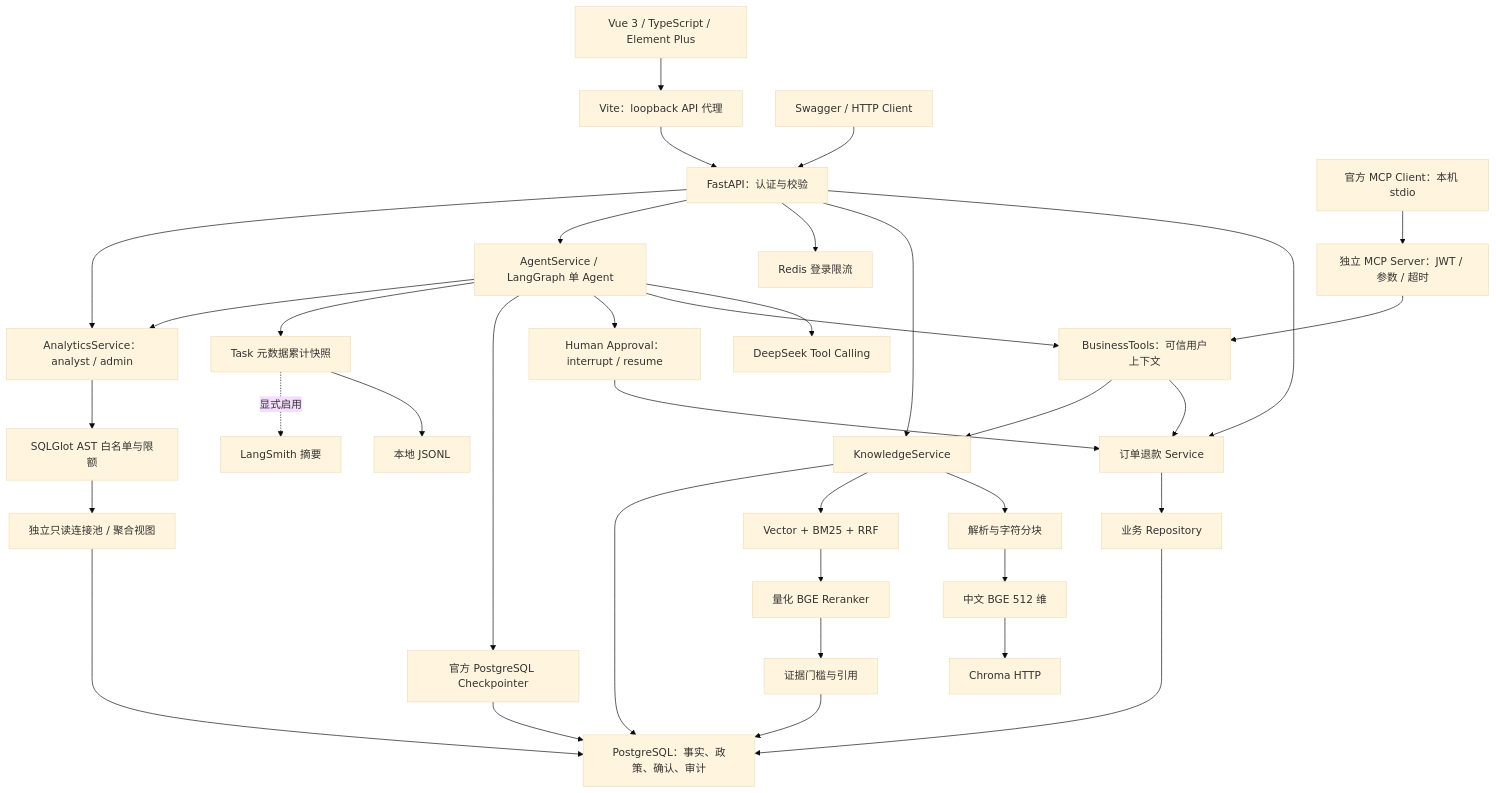
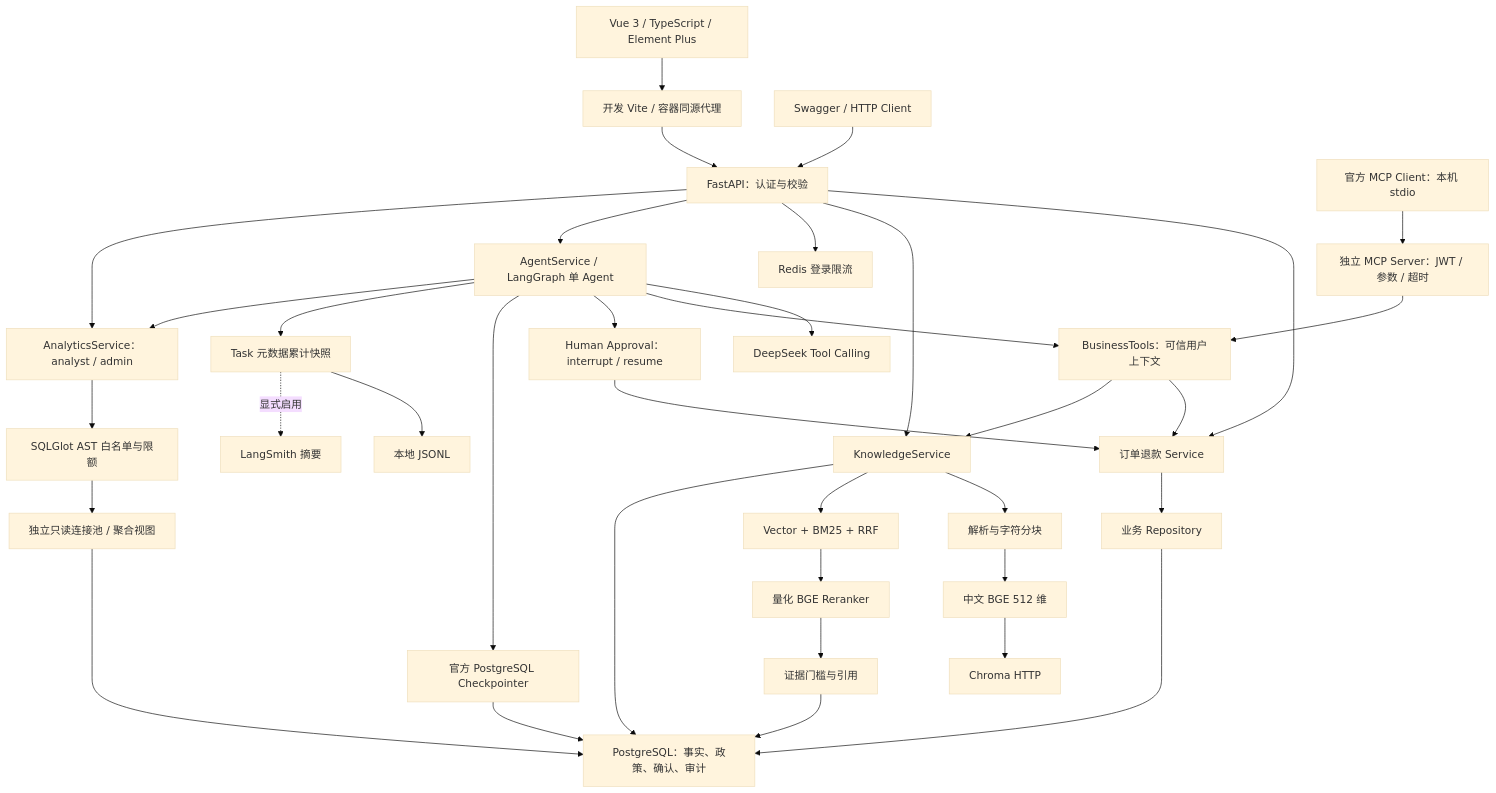
One commit to zjhwwwl/EnterpriseAgent changed the diagram in README.md. Above: the diagram before and after it, drawn with Mermaid (base theme). The commit also changed other lines of this file and 100 other files, not shown here.

````diff
--- a/README.md
+++ b/README.md
@@ -30,39 +32,39 @@
 ```mermaid
 flowchart TD
-    WEB["Vue 3 / TypeScript / Element Plus"] --> PROXY["Vite：loopback API 代理"]
+    WEB["Vue 3 / TypeScript / Element Plus"] --> PROXY["开发 Vite / 容器同源代理"]
     PROXY --> API["FastAPI：认证与校验"]
     CLIENT["Swagger / HTTP Client"] --> API
     API --> BIZ["订单退款 Service"]
     BIZ --> REPO["业务 Repository"]
     REPO --> PG["PostgreSQL：事实、政策、确认、审计"]
 
     API --> KB["KnowledgeService"]
     KB --> PARSE["解析与字符分块"]
     PARSE --> EMBED["中文 BGE 512 维"]
     EMBED --> CHROMA["Chroma HTTP"]
     KB --> HYBRID["Vector + BM25 + RRF"]
     HYBRID --> RERANK["量化 BGE Reranker"]
     RERANK --> EVIDENCE["证据门槛与引用"]
     EVIDENCE --> PG
     KB --> PG
     API --> REDIS["Redis 登录限流"]
     API --> AGENT["AgentService / LangGraph 单 Agent"]
     AGENT --> LLM["DeepSeek Tool Calling"]
     AGENT --> TOOLS["BusinessTools：可信用户上下文"]
     TOOLS --> BIZ
     TOOLS --> KB
     AGENT --> APPROVAL["Human Approval：interrupt / resume"]
     APPROVAL --> BIZ
     AGENT --> CHECKPOINT["官方 PostgreSQL Checkpointer"]
     CHECKPOINT --> PG
     AGENT --> TRACE["Task 元数据累计快照"]
     TRACE --> LOCAL["本地 JSONL"]
     TRACE -. "显式启用" .-> SMITH["LangSmith 摘要"]
     API --> ANALYSIS["AnalyticsService：analyst / admin"]
     AGENT --> ANALYSIS
     ANALYSIS --> SQLGUARD["SQLGlot AST 白名单与限额"]
     SQLGUARD --> READER["独立只读连接池 / 聚合视图"]
     READER --> PG
     MCPCLIENT["官方 MCP Client：本机 stdio"] --> MCP["独立 MCP Server：JWT / 参数 / 超时"]
     MCP --> TOOLS
 ```
````
